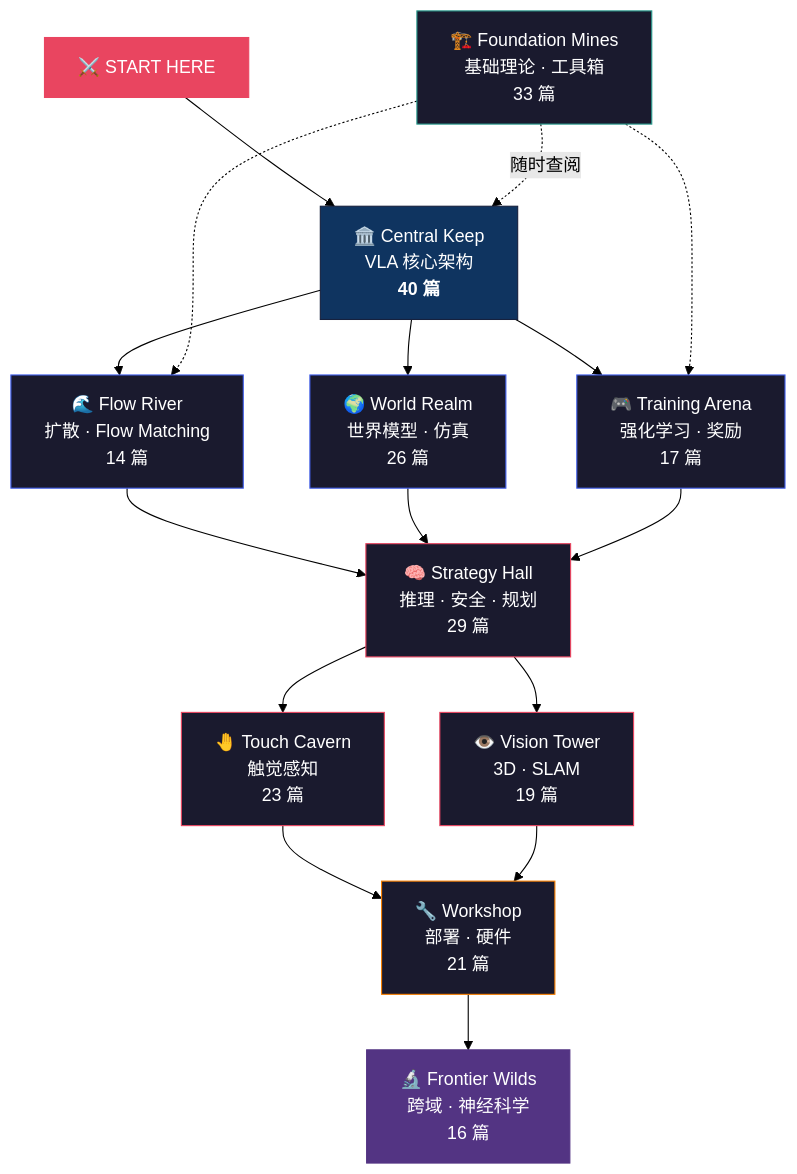
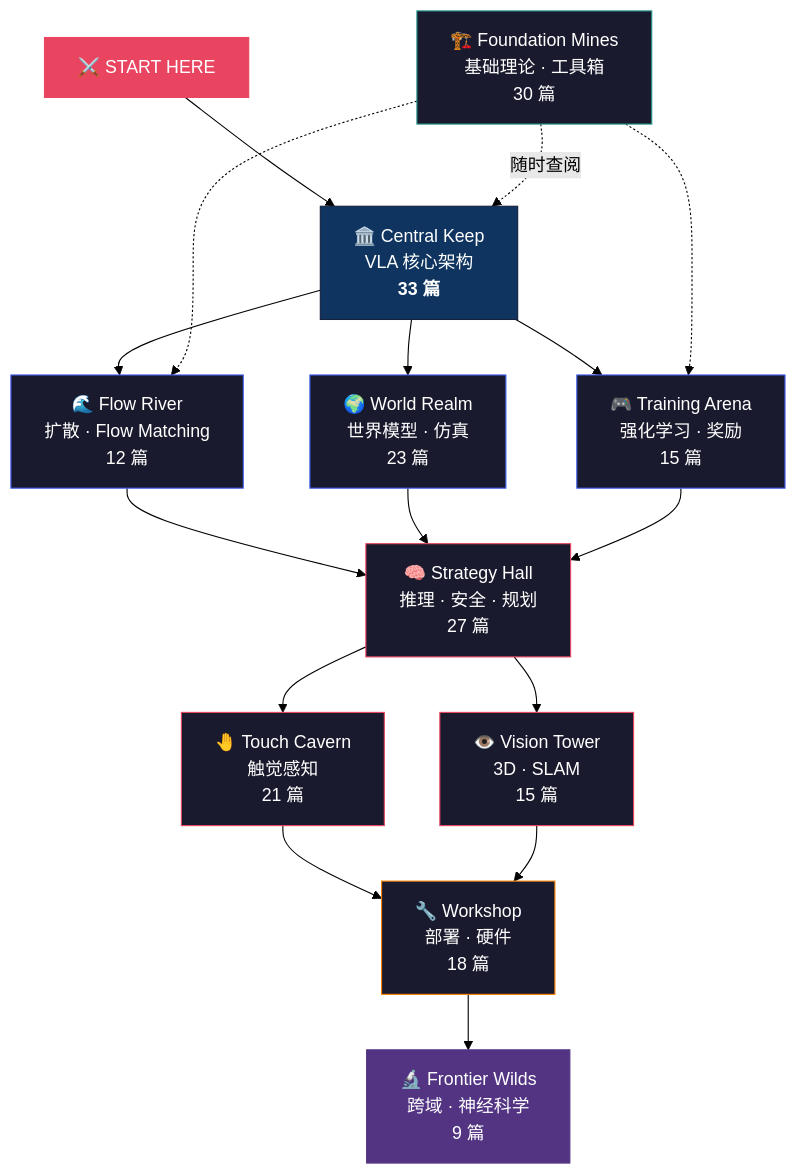
The diagram in theory/README.md (sou350121/VLA-Handbook), drawn with Mermaid (forest theme) before and after one commit. The commit also changed other lines of this file, not shown here.

Commit message:
docs: add open-source VLA guide to Explorer Map — Central Keep entry + Speed Run shortcut

````diff
--- a/theory/README.md
+++ b/theory/README.md
@@ -27,36 +27,36 @@
 ```mermaid
 graph TD
-    START["⚔️ START HERE"] --> CORE["🏛️ Central Keep<br/>VLA 核心架构<br/><b>40 篇</b>"]
+    START["⚔️ START HERE"] --> CORE["🏛️ Central Keep<br/>VLA 核心架构<br/><b>33 篇</b>"]
 
-    CORE --> FLOW["🌊 Flow River<br/>扩散 · Flow Matching<br/>14 篇"]
-    CORE --> WORLD["🌍 World Realm<br/>世界模型 · 仿真<br/>26 篇"]
-    CORE --> RL["🎮 Training Arena<br/>强化学习 · 奖励<br/>17 篇"]
+    CORE --> FLOW["🌊 Flow River<br/>扩散 · Flow Matching<br/>12 篇"]
+    CORE --> WORLD["🌍 World Realm<br/>世界模型 · 仿真<br/>23 篇"]
+    CORE --> RL["🎮 Training Arena<br/>强化学习 · 奖励<br/>15 篇"]
 
-    FLOW --> PLAN["🧠 Strategy Hall<br/>推理 · 安全 · 规划<br/>29 篇"]
+    FLOW --> PLAN["🧠 Strategy Hall<br/>推理 · 安全 · 规划<br/>27 篇"]
     WORLD --> PLAN
     RL --> PLAN
 
-    PLAN --> TOUCH["🤚 Touch Cavern<br/>触觉感知<br/>23 篇"]
-    PLAN --> EYE["👁️ Vision Tower<br/>3D · SLAM<br/>19 篇"]
+    PLAN --> TOUCH["🤚 Touch Cavern<br/>触觉感知<br/>21 篇"]
+    PLAN --> EYE["👁️ Vision Tower<br/>3D · SLAM<br/>15 篇"]
 
-    TOUCH --> DEPLOY["🔧 Workshop<br/>部署 · 硬件<br/>21 篇"]
+    TOUCH --> DEPLOY["🔧 Workshop<br/>部署 · 硬件<br/>18 篇"]
     EYE --> DEPLOY
 
-    DEPLOY --> FRONTIER["🔬 Frontier Wilds<br/>跨域 · 神经科学<br/>16 篇"]
+    DEPLOY --> FRONTIER["🔬 Frontier Wilds<br/>跨域 · 神经科学<br/>9 篇"]
 
-    FOUND["🏗️ Foundation Mines<br/>基础理论 · 工具箱<br/>33 篇"] -.->|随时查阅| CORE
+    FOUND["🏗️ Foundation Mines<br/>基础理论 · 工具箱<br/>30 篇"] -.->|随时查阅| CORE
     FOUND -.-> FLOW
     FOUND -.-> RL
 
     style START fill:#e94560,stroke:#e94560,color:#fff
     style CORE fill:#0f3460,stroke:#16213e,color:#fff
     style FLOW fill:#1a1a2e,stroke:#4361ee,color:#fff
     style WORLD fill:#1a1a2e,stroke:#4361ee,color:#fff
     style RL fill:#1a1a2e,stroke:#4361ee,color:#fff
     style PLAN fill:#1a1a2e,stroke:#e94560,color:#fff
     style TOUCH fill:#1a1a2e,stroke:#e94560,color:#fff
     style EYE fill:#1a1a2e,stroke:#e94560,color:#fff
     style DEPLOY fill:#1a1a2e,stroke:#f77f00,color:#fff
     style FRONTIER fill:#533483,stroke:#533483,color:#fff
     style FOUND fill:#1a1a2e,stroke:#2a9d8f,color:#fff
 ```
````
